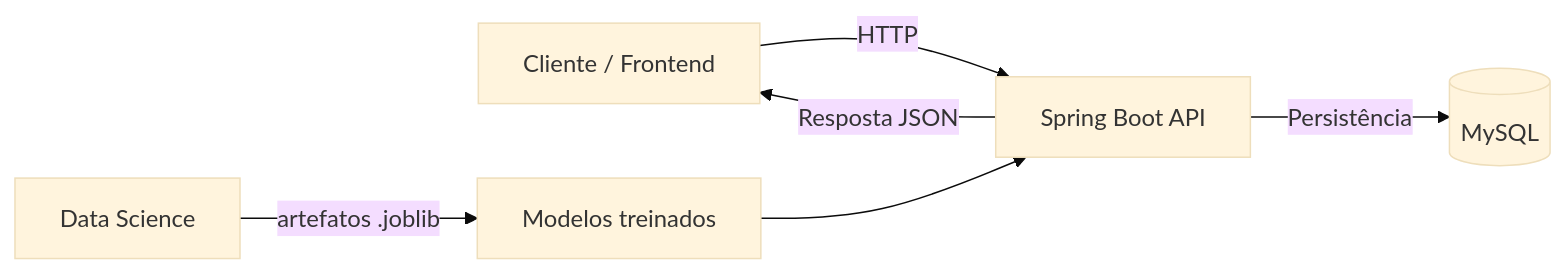
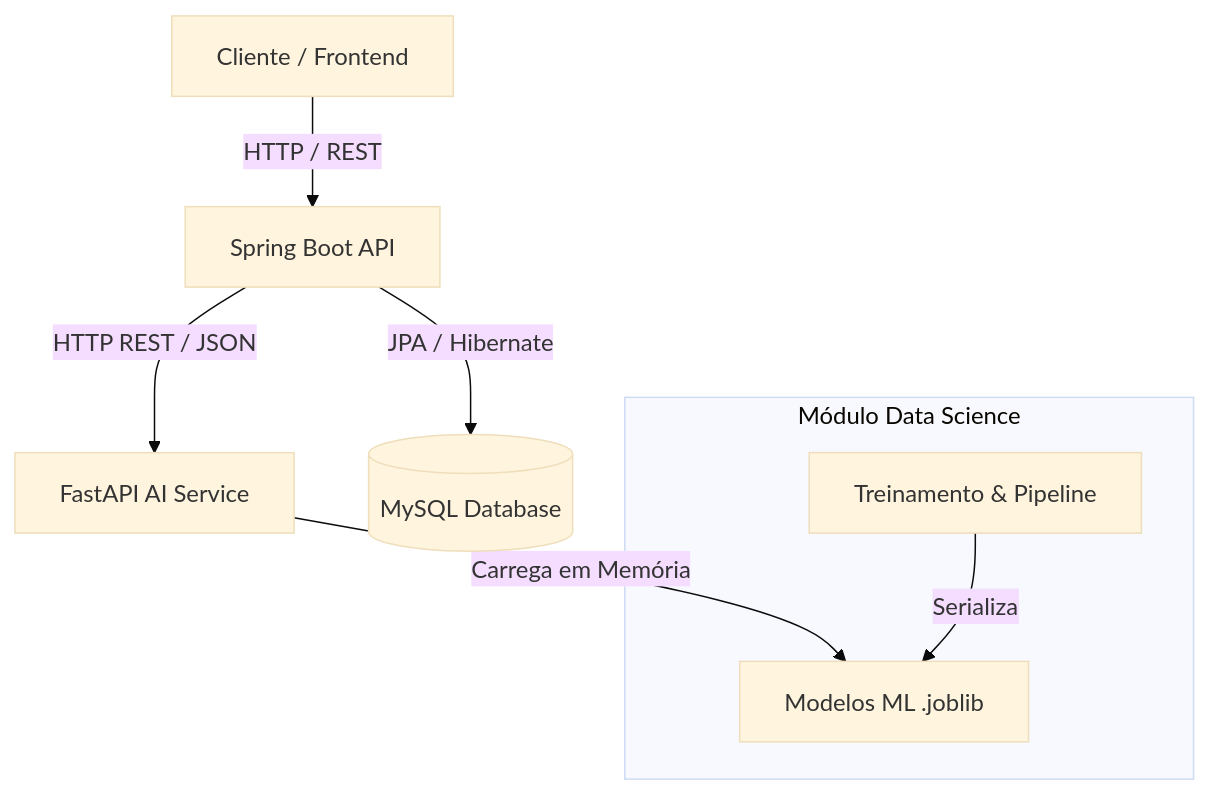
The diagram in README.md (No-Country-simulation/G9-BR-Team-26), drawn with Mermaid (base theme) before and after one commit. The commit also changed other lines of this file and 13 other files, not shown here.

Commit message:
feat: Initializing data-science logic and updating documentation

````diff
--- a/README.md
+++ b/README.md
@@ -27,8 +28,11 @@
 ```mermaid
-graph LR
-    Client[Cliente / Frontend] -->|HTTP| Backend[Spring Boot API]
-    Backend -->|Persistência| DB[(MySQL)]
-    DataScience[Data Science] -->|artefatos .joblib| Models[Modelos treinados]
-    Models --> Backend
-    Backend -->|Resposta JSON| Client
+graph TD
+    Client[Cliente / Frontend] -->|HTTP / REST| Spring[Spring Boot API]
+    Spring -->|JPA / Hibernate| DB[(MySQL Database)]
+    Spring -->|HTTP REST / JSON| FastAPI[FastAPI AI Service]
+    FastAPI -->|Carrega em Memória| ML[Modelos ML .joblib]
+
+    subgraph "Módulo Data Science"
+        DS[Treinamento & Pipeline] -->|Serializa| ML
+    end
 ```
````
